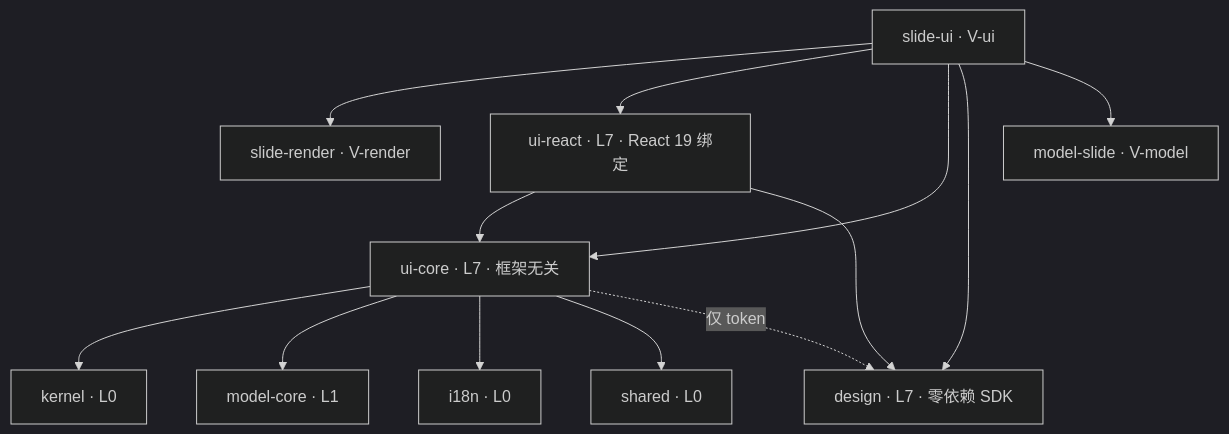
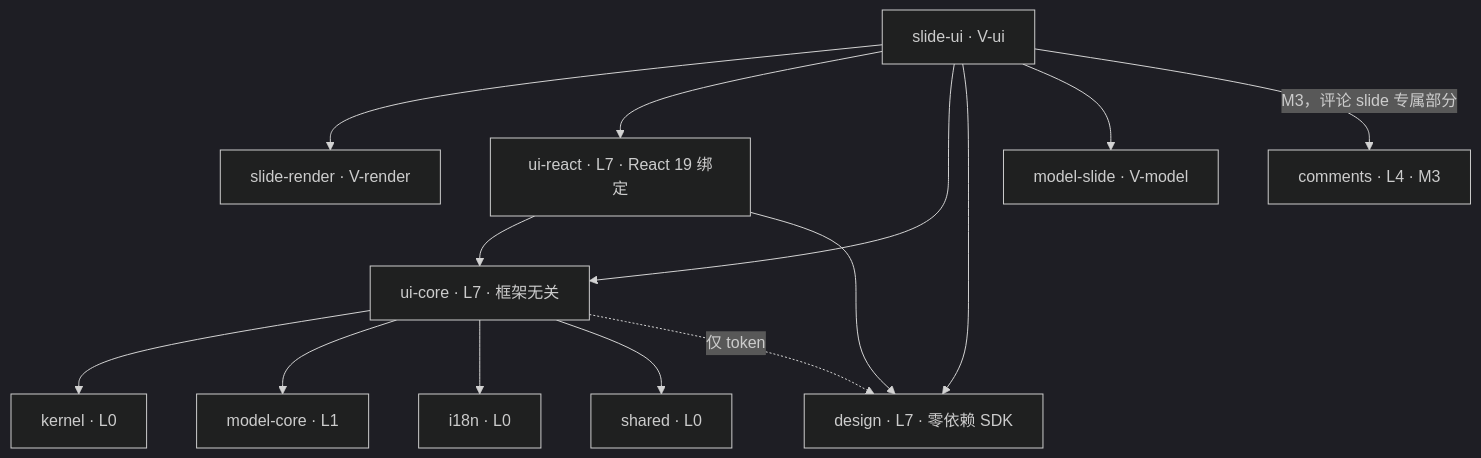
The tenth of 18 diagrams in docs/00-charter/charter.md (Xeonice/cordis-ppt-editor), drawn with Mermaid (dark theme) before and after one commit. The commit also changed other lines of this file and 79 other files, not shown here.

````diff
--- a/docs/00-charter/charter.md
+++ b/docs/00-charter/charter.md
@@ -439,25 +442,27 @@
 ```mermaid
 flowchart TB
   slideui["slide-ui · V-ui"]
   uireact["ui-react · L7 · React 19 绑定"]
   uicore["ui-core · L7 · 框架无关"]
   design["design · L7 · 零依赖 SDK"]
   sliderender["slide-render · V-render"]
   modelslide["model-slide · V-model"]
+  comments["comments · L4 · M3"]
   i18n["i18n · L0"]
   modelcore["model-core · L1"]
   kernel["kernel · L0"]
   shared["shared · L0"]
   slideui --> sliderender
   slideui --> uireact
   slideui --> uicore
   slideui --> design
   slideui --> modelslide
+  slideui -->|"M3，评论 slide 专属部分"| comments
   uireact --> uicore
   uireact --> design
   uicore --> kernel
   uicore --> modelcore
   uicore --> i18n
   uicore --> shared
   uicore -.->|"仅 token"| design
 ```
````
